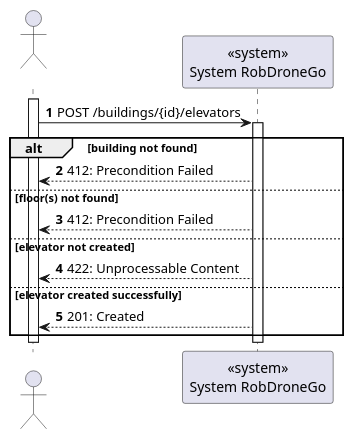
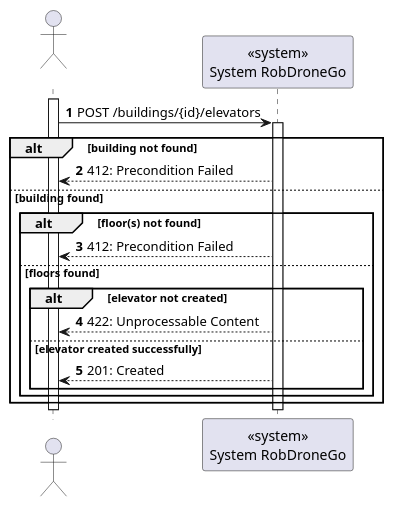
One commit to Departamento-de-Engenharia-Informatica/lapr5-23-24-g19 changed the diagram in docs/us270/level1/process-view.puml. Above: the diagram before and after it, drawn with PlantUML. The commit also changed 8 other files, not shown here.

```diff
--- a/docs/us270/level1/process-view.puml
+++ b/docs/us270/level1/process-view.puml
@@ -1,24 +1,28 @@
 @startuml
 autonumber
 
 actor " " as actor
 participant "<<system>>\nSystem RobDroneGo" as sys
 
 activate actor
     actor -> sys: POST /buildings/{id}/elevators
     activate sys
 
     alt building not found
         sys --> actor : 412: Precondition Failed
-    else floor(s) not found
-        sys --> actor : 412: Precondition Failed
-    else elevator not created
-        sys --> actor : 422: Unprocessable Content
-    else elevator created successfully
-        sys --> actor : 201: Created
+    else building found
+        alt floor(s) not found
+            sys --> actor : 412: Precondition Failed
+        else floors found
+            alt elevator not created
+                sys --> actor : 422: Unprocessable Content
+            else elevator created successfully
+                sys --> actor : 201: Created
+            end
+        end
     end
 
     deactivate sys
 deactivate actor
 
 @enduml
```
